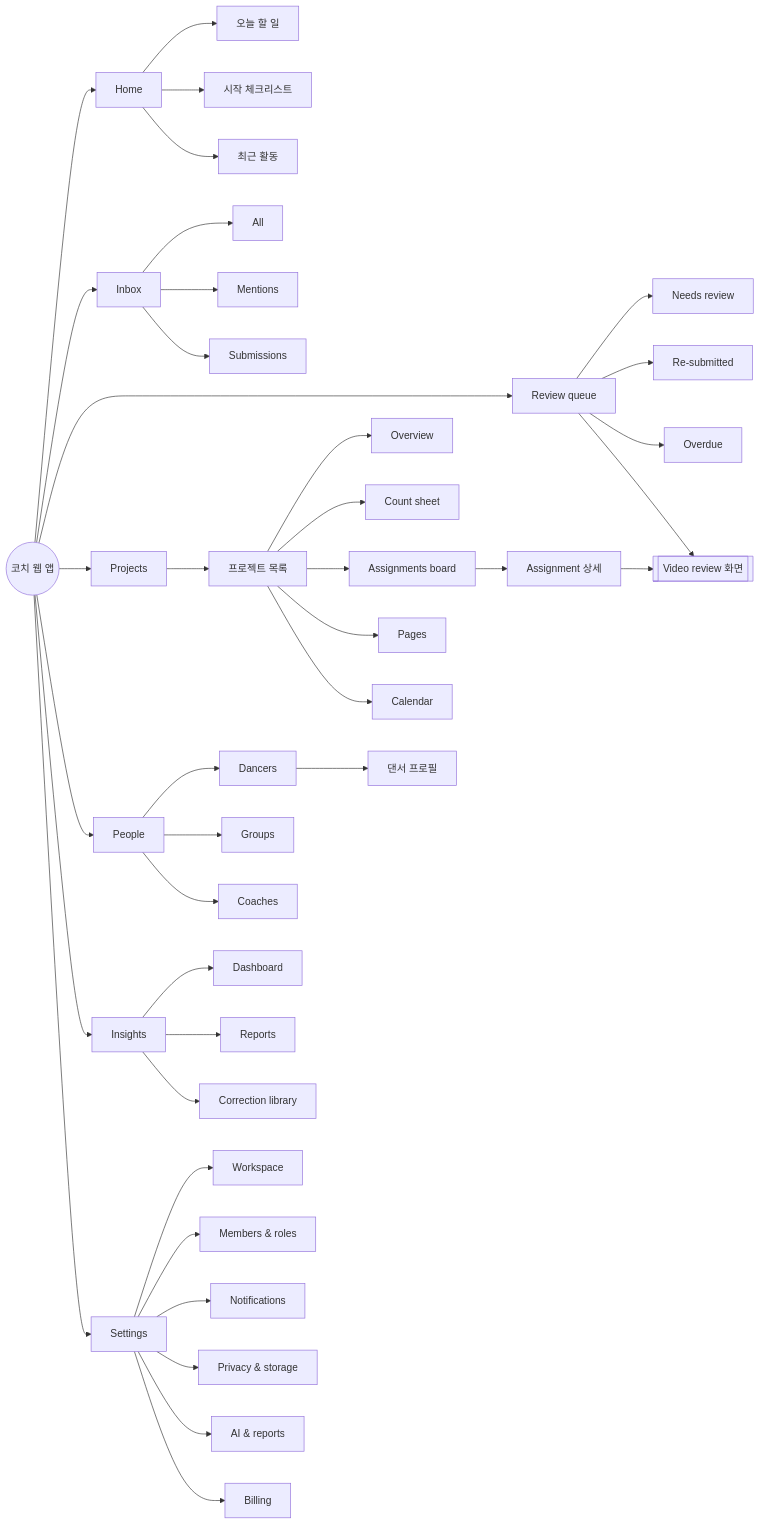
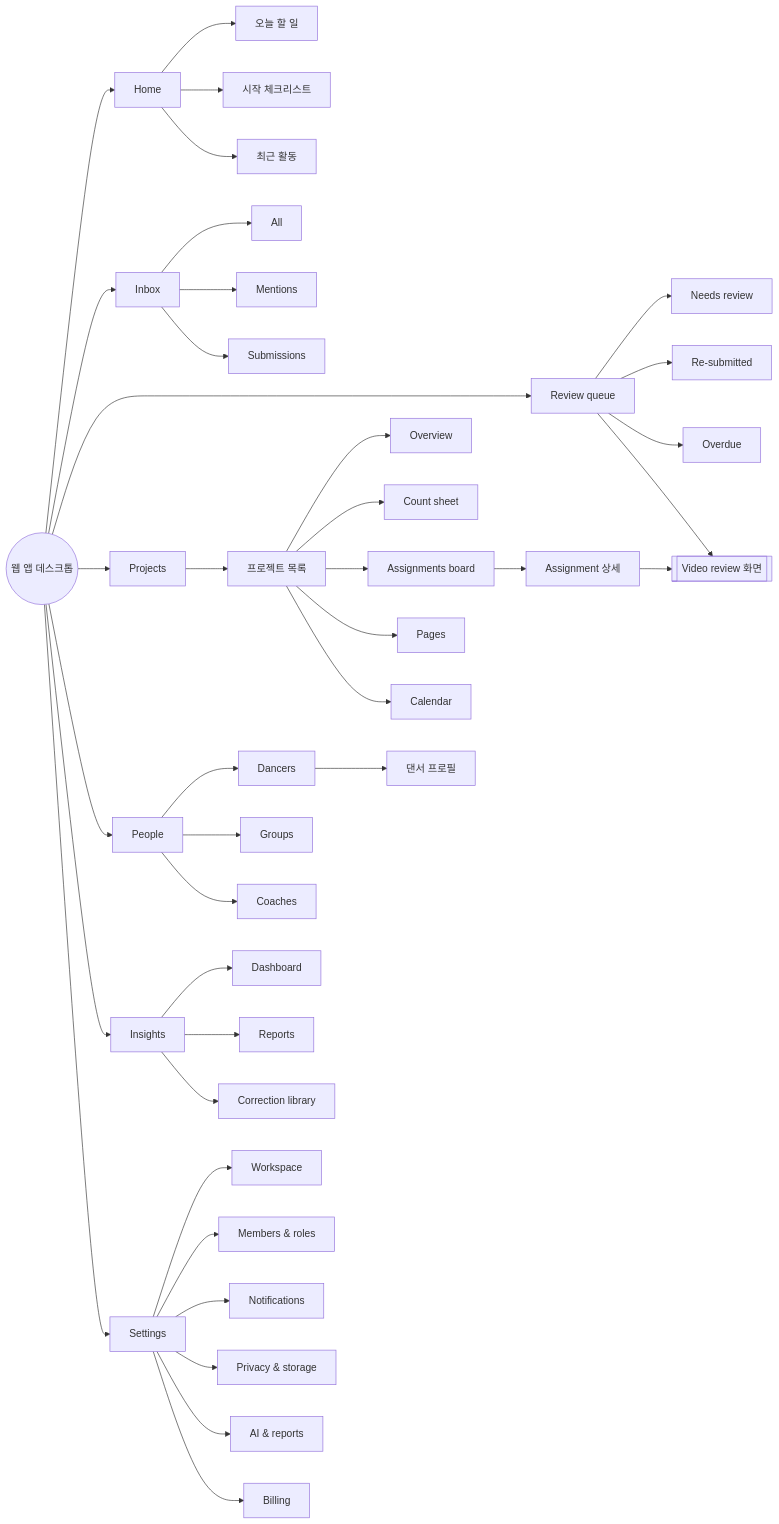
Before and after one commit to hope13710/dancerly: the third of 4 diagrams in docs/01-menu-structure.md, drawn with Mermaid. The commit also changed other lines of this file and 13 other files, not shown here.

````diff
--- a/docs/01-menu-structure.md
+++ b/docs/01-menu-structure.md
@@ -113,48 +114,48 @@
 ```mermaid
 flowchart LR
-  APP((코치 웹 앱)) --> HOME[Home]
+  APP((웹 앱 데스크톱)) --> HOME[Home]
   APP --> INBOX[Inbox]
   APP --> RQ[Review queue]
   APP --> PJ[Projects]
   APP --> PP[People]
   APP --> IN[Insights]
   APP --> ST[Settings]
 
   HOME --> H1[오늘 할 일]
   HOME --> H2[시작 체크리스트]
   HOME --> H3[최근 활동]
 
   INBOX --> I1[All]
   INBOX --> I2[Mentions]
   INBOX --> I3[Submissions]
 
   RQ --> R1[Needs review]
   RQ --> R2[Re-submitted]
   RQ --> R3[Overdue]
   RQ --> RV[[Video review 화면]]
 
   PJ --> PX[프로젝트 목록]
   PX --> P1[Overview]
   PX --> P2[Count sheet]
   PX --> P3[Assignments board]
   PX --> P4[Pages]
   PX --> P5[Calendar]
   P3 --> AS[Assignment 상세]
   AS --> RV
 
   PP --> D1[Dancers]
   PP --> D2[Groups]
   PP --> D3[Coaches]
   D1 --> DP[댄서 프로필]
 
   IN --> N1[Dashboard]
   IN --> N2[Reports]
   IN --> N3[Correction library]
 
   ST --> S1[Workspace]
   ST --> S2[Members & roles]
   ST --> S3[Notifications]
   ST --> S4[Privacy & storage]
   ST --> S5[AI & reports]
   ST --> S6[Billing]
 ```
````
